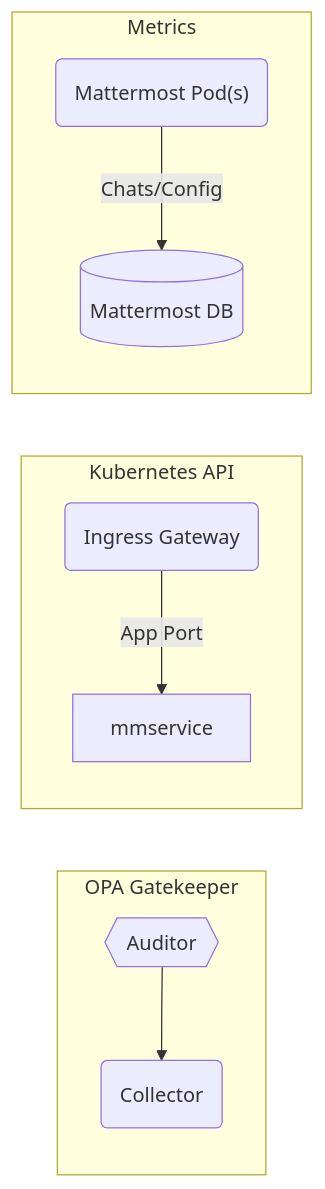
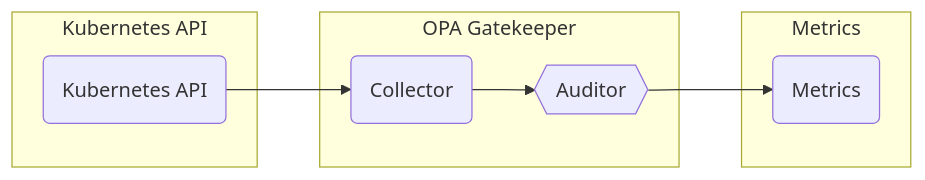
The diagram in charter/packages/opa-gatekeeper/Architecture.md (rjferguson21/big-bang), drawn with Mermaid before and after one commit.

````diff
--- a/charter/packages/opa-gatekeeper/Architecture.md
+++ b/charter/packages/opa-gatekeeper/Architecture.md
@@ -9,15 +9,14 @@
 ```mermaid
 graph LR
   subgraph "OPA Gatekeeper"
-    collector("Collector")
-    auditor{{Auditor}} --> collector("Collector")
+    collector("Collector") --> auditor{{Auditor}}
   end      
 
   subgraph "Kubernetes API"
-    ig(Ingress Gateway) --"App Port"--> mmservice
+    api("Kubernetes API") --> collector("Collector")
   end
 
   subgraph "Metrics"
-    mattermostpods("Mattermost Pod(s)") --"Chats/Config"--> database[(Mattermost DB)]
+    auditor{{Auditor}} --> metrics("Metrics")
   end
 ```
````
